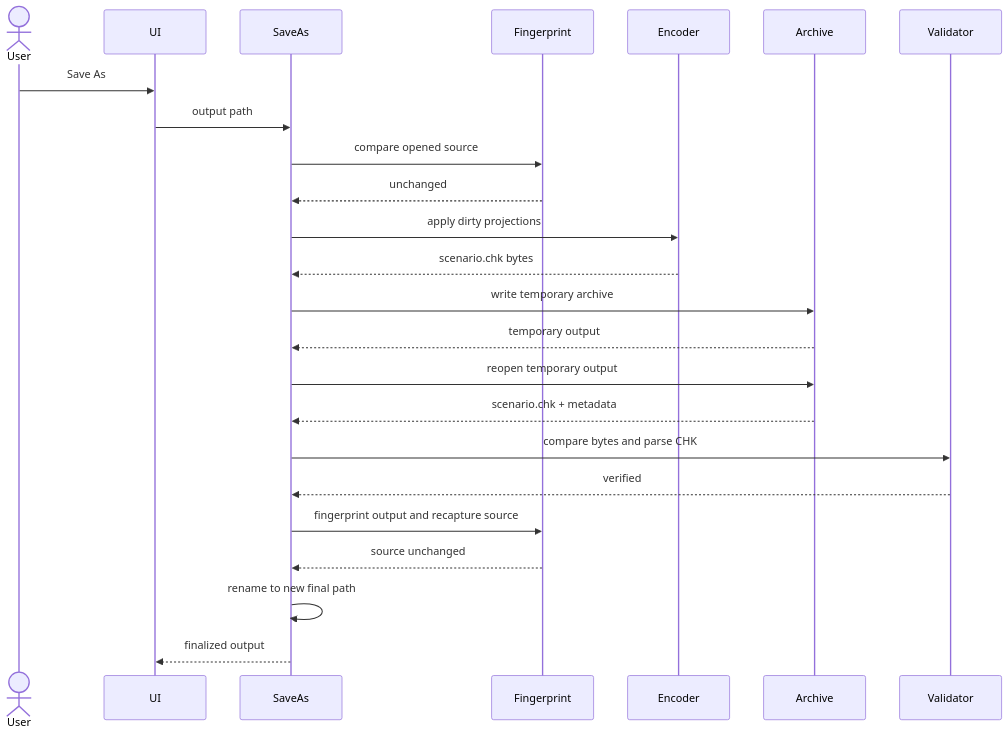
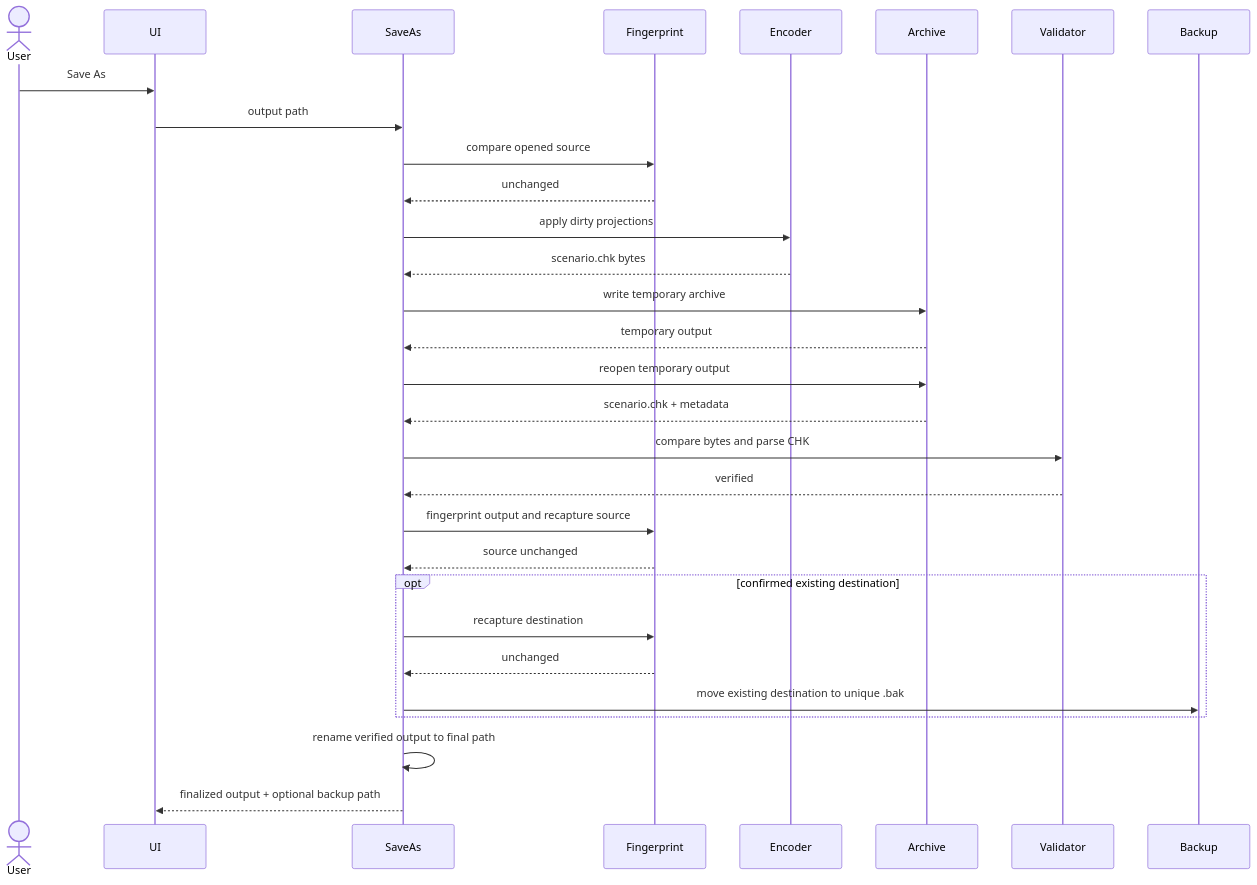
Before and after one commit to blackvrice/starcraft_map_editor: the fourth of 4 diagrams in docs/ARCHITECTURE.md, drawn with Mermaid. The commit also changed other lines of this file and 14 other files, not shown here.

````diff
--- a/docs/ARCHITECTURE.md
+++ b/docs/ARCHITECTURE.md
@@ -344,27 +348,33 @@
 ```mermaid
 sequenceDiagram
     actor User
     participant UI
     participant SaveAs
     participant Fingerprint
     participant Encoder
     participant Archive
     participant Validator
+    participant Backup
 
     User->>UI: Save As
     UI->>SaveAs: output path
     SaveAs->>Fingerprint: compare opened source
     Fingerprint-->>SaveAs: unchanged
     SaveAs->>Encoder: apply dirty projections
     Encoder-->>SaveAs: scenario.chk bytes
     SaveAs->>Archive: write temporary archive
     Archive-->>SaveAs: temporary output
     SaveAs->>Archive: reopen temporary output
     Archive-->>SaveAs: scenario.chk + metadata
     SaveAs->>Validator: compare bytes and parse CHK
     Validator-->>SaveAs: verified
     SaveAs->>Fingerprint: fingerprint output and recapture source
     Fingerprint-->>SaveAs: source unchanged
-    SaveAs->>SaveAs: rename to new final path
-    SaveAs-->>UI: finalized output
+    opt confirmed existing destination
+        SaveAs->>Fingerprint: recapture destination
+        Fingerprint-->>SaveAs: unchanged
+        SaveAs->>Backup: move existing destination to unique .bak
+    end
+    SaveAs->>SaveAs: rename verified output to final path
+    SaveAs-->>UI: finalized output + optional backup path
 ```
````
